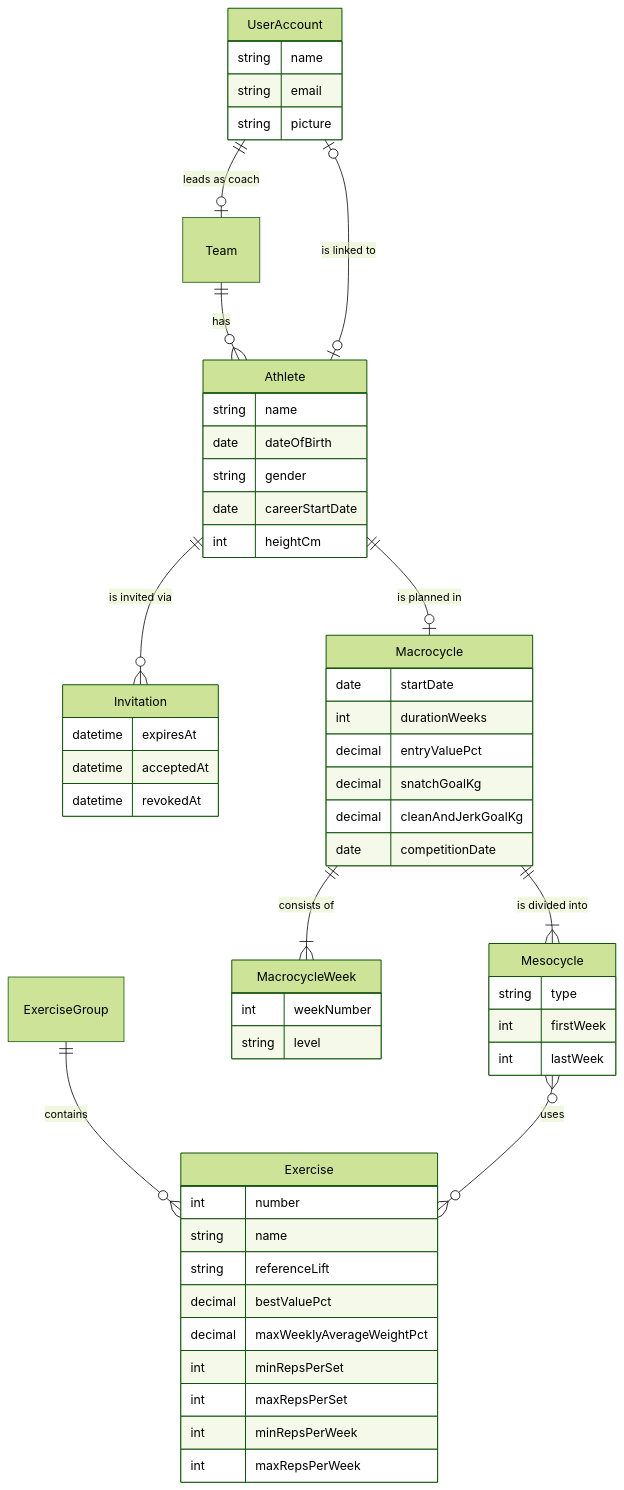
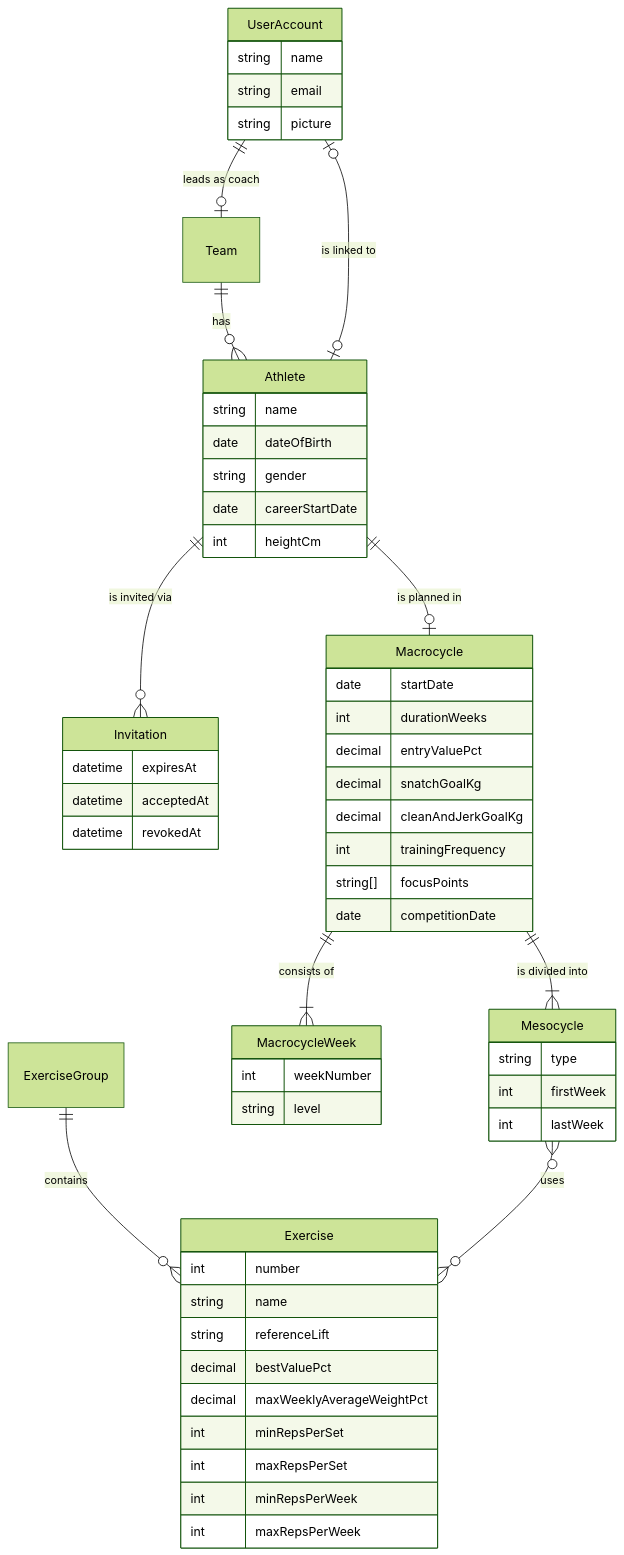
The diagram in openspec/domain-model.md (simonwesthoff/cool), drawn with Mermaid (forest theme) before and after one commit. The commit also changed other lines of this file and 14 other files, not shown here.

````diff
--- a/openspec/domain-model.md
+++ b/openspec/domain-model.md
@@ -18,57 +18,59 @@
 ```mermaid
 erDiagram
     UserAccount ||--o| Team : "leads as coach"
     Team ||--o{ Athlete : "has"
     UserAccount |o--o| Athlete : "is linked to"
     Athlete ||--o{ Invitation : "is invited via"
     UserAccount {
         string name
         string email
         string picture
     }
     Athlete {
         string name
         date dateOfBirth
         string gender
         date careerStartDate
         int heightCm
     }
     Invitation {
         datetime expiresAt
         datetime acceptedAt
         datetime revokedAt
     }
     ExerciseGroup ||--o{ Exercise : "contains"
     Athlete ||--o| Macrocycle : "is planned in"
     Macrocycle ||--|{ MacrocycleWeek : "consists of"
     Macrocycle ||--|{ Mesocycle : "is divided into"
     Mesocycle }o--o{ Exercise : "uses"
     Macrocycle {
         date startDate
         int durationWeeks
         decimal entryValuePct
         decimal snatchGoalKg
         decimal cleanAndJerkGoalKg
+        int trainingFrequency
+        string[] focusPoints
         date competitionDate
     }
     MacrocycleWeek {
         int weekNumber
         string level
     }
     Mesocycle {
         string type
         int firstWeek
         int lastWeek
     }
     Exercise {
         int number
         string name
         string referenceLift
         decimal bestValuePct
         decimal maxWeeklyAverageWeightPct
         int minRepsPerSet
         int maxRepsPerSet
         int minRepsPerWeek
         int maxRepsPerWeek
     }
 ```
````
